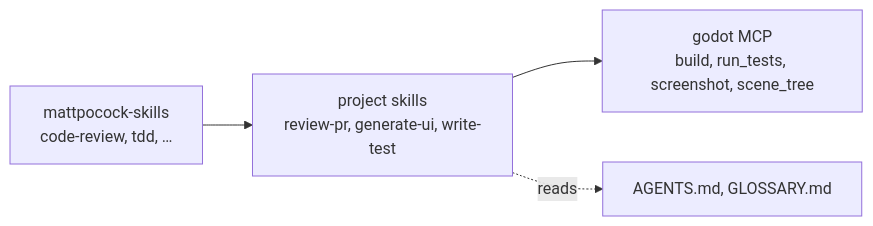
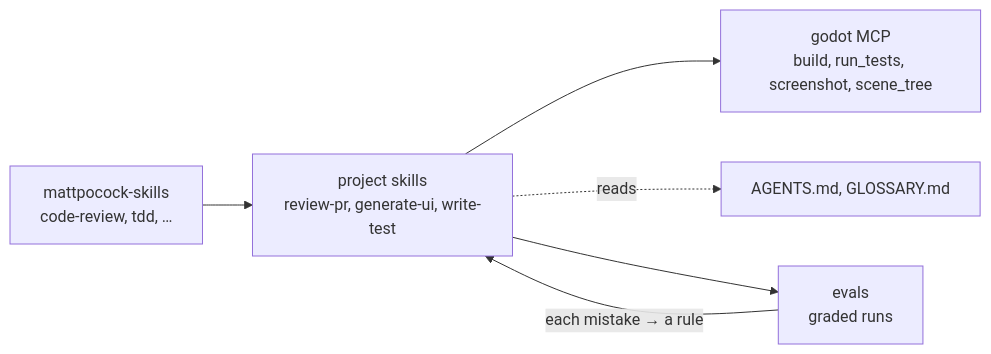
One commit to pyrozhok/Starter-Kit-City-Builder changed the second of 2 diagrams in README.md. Above: the diagram before and after it, drawn with Mermaid. The commit also changed other lines of this file, not shown here.

Commit message:
docs(readme): the eval → rule loop in the diagram; write-test has no eval; size of the MCP port

````diff
--- a/README.md
+++ b/README.md
@@ -86,6 +86,8 @@
 ```mermaid
 flowchart LR
   A["mattpocock-skills<br/>code-review, tdd, …"] --> B["project skills<br/>review-pr, generate-ui, write-test"]
   B --> C["godot MCP<br/>build, run_tests, screenshot, scene_tree"]
   B -. reads .-> D["AGENTS.md, GLOSSARY.md"]
+  B --> E["evals<br/>graded runs"]
+  E -- "each mistake → a rule" --> B
 ```
````
